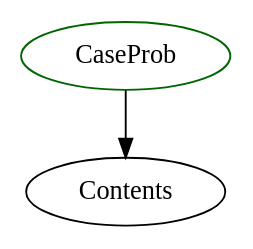
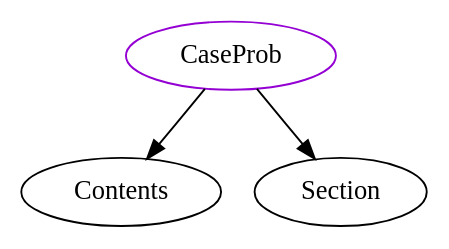
One commit to JacquesCarette/Drasil changed the diagram in analysis/TypeDependencyGraphs/docLang/CaseProb.dot. Above: the diagram before and after it, drawn with Graphviz. The commit also changed 497 other files, not shown here.

```diff
--- a/analysis/TypeDependencyGraphs/docLang/CaseProb.dot
+++ b/analysis/TypeDependencyGraphs/docLang/CaseProb.dot
@@ -1,4 +1,5 @@
 digraph caseprob{
-CaseProb	[shape=oval, color=darkgreen, label="CaseProb"];
+CaseProb	[shape=oval, color=darkviolet, label="CaseProb"];
 CaseProb -> Contents;
+CaseProb -> Section;
 }
```
